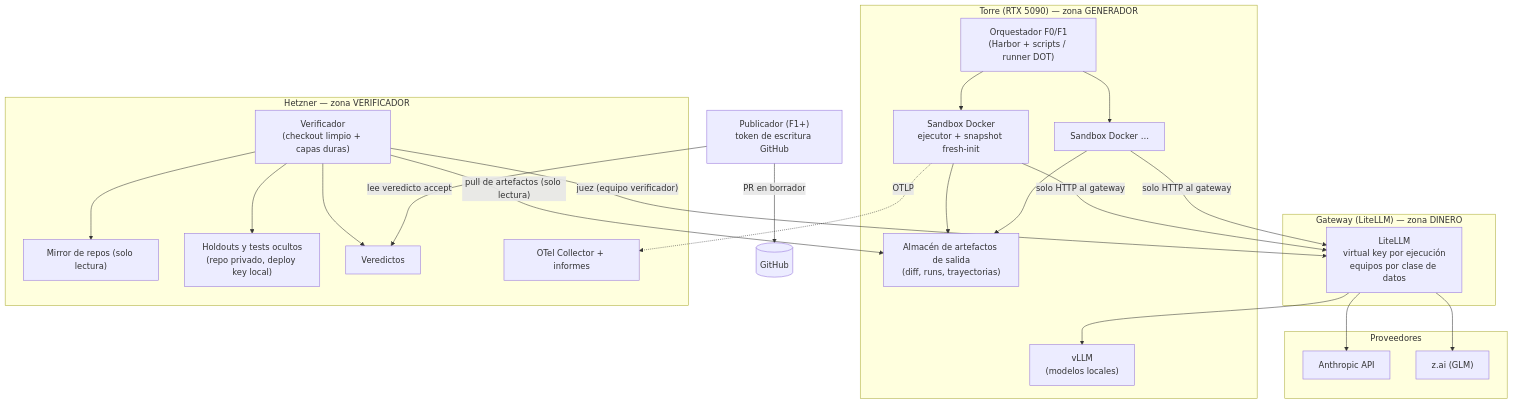
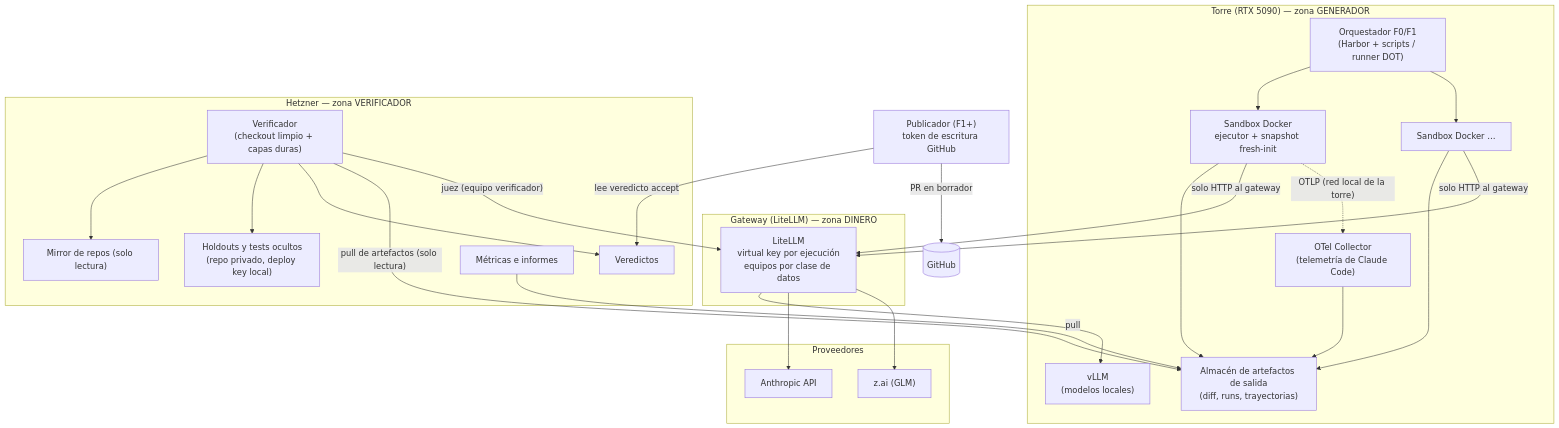
One commit to romerox3/software-factory changed the first of 3 diagrams in docs/02-architecture.md. Above: the diagram before and after it, drawn with Mermaid. The commit also changed other lines of this file and 27 other files, not shown here.

````diff
--- a/docs/02-architecture.md
+++ b/docs/02-architecture.md
@@ -21,36 +21,39 @@
 ```mermaid
 flowchart TB
   subgraph TORRE["Torre (RTX 5090) — zona GENERADOR"]
     ORQ["Orquestador F0/F1<br/>(Harbor + scripts / runner DOT)"]
     SB1["Sandbox Docker<br/>ejecutor + snapshot fresh-init"]
     SB2["Sandbox Docker …"]
     VLLM["vLLM<br/>(modelos locales)"]
     ART["Almacén de artefactos de salida<br/>(diff, runs, trayectorias)"]
+    OTEL["OTel Collector<br/>(telemetría de Claude Code)"]
     ORQ --> SB1 & SB2
     SB1 & SB2 --> ART
+    OTEL --> ART
   end
   subgraph GW["Gateway (LiteLLM) — zona DINERO"]
     LL["LiteLLM<br/>virtual key por ejecución<br/>equipos por clase de datos"]
   end
   subgraph HZ["Hetzner — zona VERIFICADOR"]
     VER["Verificador<br/>(checkout limpio + capas duras)"]
     MIR["Mirror de repos (solo lectura)"]
     HOLD["Holdouts y tests ocultos<br/>(repo privado, deploy key local)"]
     VERD["Veredictos"]
-    OTEL["OTel Collector + informes"]
+    REP["Métricas e informes"]
     VER --> MIR & HOLD
     VER --> VERD
   end
   subgraph EXT["Proveedores"]
     ANT["Anthropic API"]
     ZAI["z.ai (GLM)"]
   end
   SB1 & SB2 -- "solo HTTP al gateway" --> LL
   LL --> VLLM
   LL --> ANT & ZAI
   VER -- "pull de artefactos (solo lectura)" --> ART
   VER -- "juez (equipo verificador)" --> LL
-  SB1 -. "OTLP" .-> OTEL
+  SB1 -. "OTLP (red local de la torre)" .-> OTEL
+  REP -- "pull" --> ART
   PUB["Publicador (F1+)<br/>token de escritura GitHub"] -- "lee veredicto accept" --> VERD
   PUB -- "PR en borrador" --> GH[(GitHub)]
 ```
````
